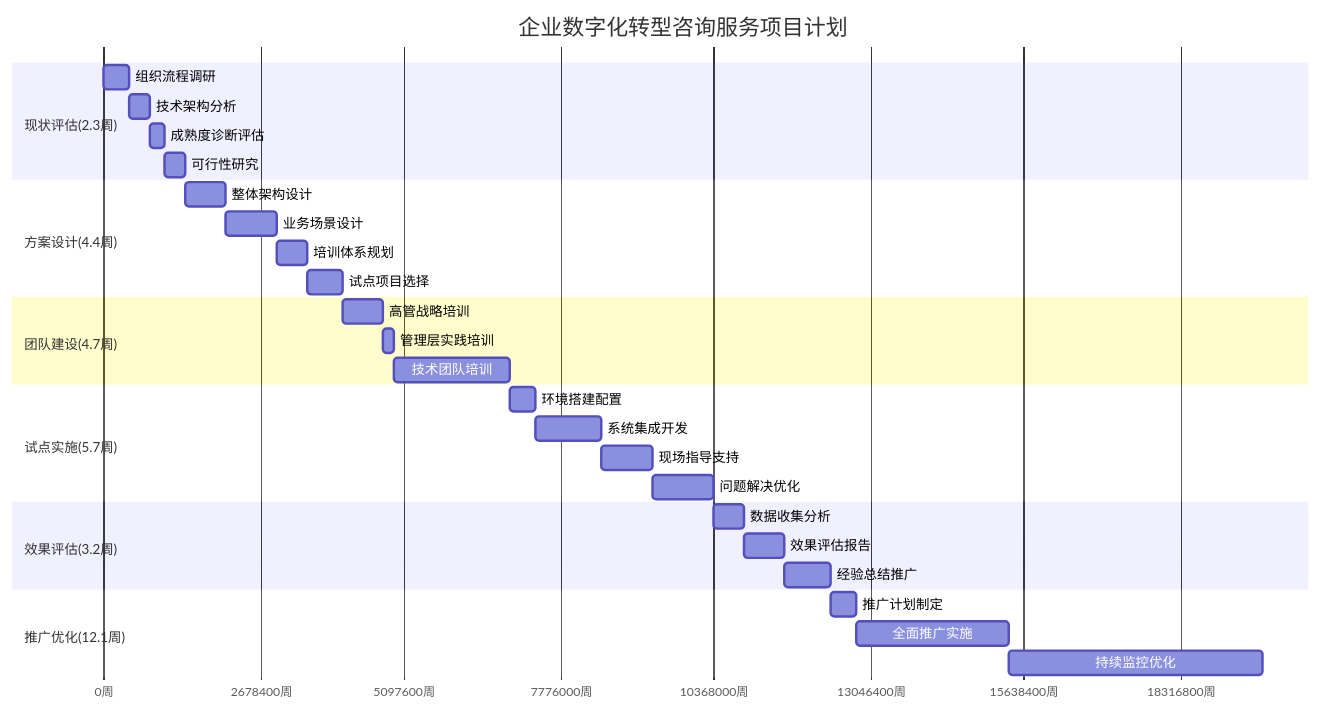
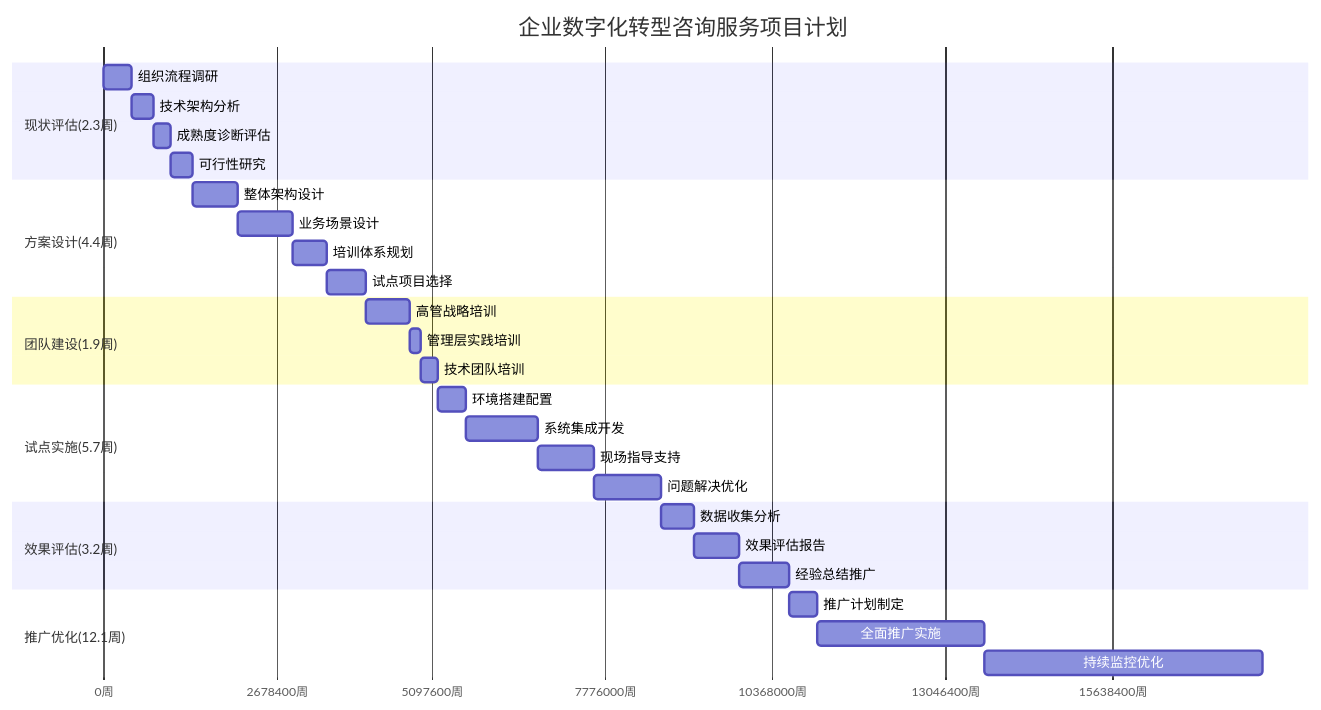
One commit to chuanminglu/aiworkdocs changed the second of 3 diagrams in 广州集装箱/AI赋能企业DevOps流程数字化转型解决方案.md. Above: the diagram before and after it, drawn with Mermaid. The commit also changed other lines of this file, not shown here.

````diff
--- a/广州集装箱/AI赋能企业DevOps流程数字化转型解决方案.md
+++ b/广州集装箱/AI赋能企业DevOps流程数字化转型解决方案.md
@@ -857,39 +857,39 @@
 ```mermaid
 gantt
     title 企业数字化转型咨询服务项目计划
     dateFormat X
     axisFormat %s周
     
     section 现状评估(2.3周)
     组织流程调研            :eval1, 0, 5d
     技术架构分析            :eval2, after eval1, 4d
     成熟度诊断评估          :eval3, after eval2, 3d
     可行性研究              :eval4, after eval3, 4d
   
     section 方案设计(4.4周)
     整体架构设计            :design1, after eval4, 8d
     业务场景设计            :design2, after design1, 10d
     培训体系规划            :design3, after design2, 6d
     试点项目选择            :design4, after design3, 7d
   
-    section 团队建设(4.7周)
+    section 团队建设(1.9周)
     高管战略培训            :train1, after design4, 8d
     管理层实践培训          :train2, after train1, 2d
-    技术团队培训            :train3, after train2, 23d
+    技术团队培训            :train3, after train2, 3d
   
     section 试点实施(5.7周)
     环境搭建配置            :pilot1, after train3, 5d
     系统集成开发            :pilot2, after pilot1, 13d
     现场指导支持            :pilot3, after pilot2, 10d
     问题解决优化            :pilot4, after pilot3, 12d
   
     section 效果评估(3.2周)
     数据收集分析            :eval5, after pilot4, 6d
     效果评估报告            :eval6, after eval5, 8d
     经验总结推广            :eval7, after eval6, 9d
   
     section 推广优化(12.1周)
     推广计划制定            :opt1, after eval7, 5d
     全面推广实施            :opt2, after opt1, 30d
     持续监控优化            :opt3, after opt2, 50d
 ```
````
